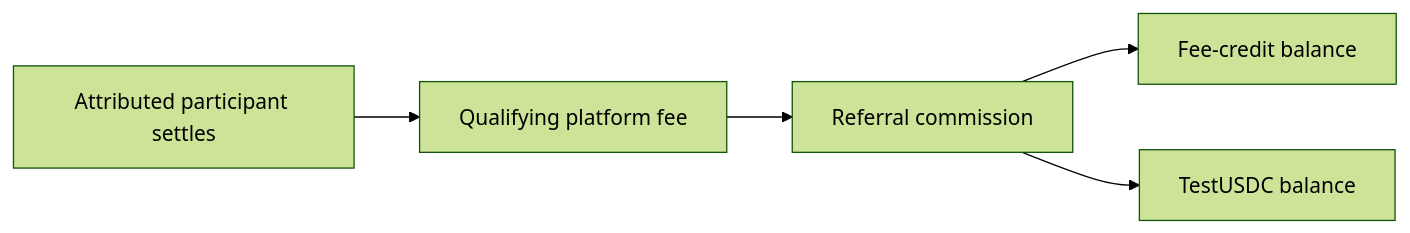
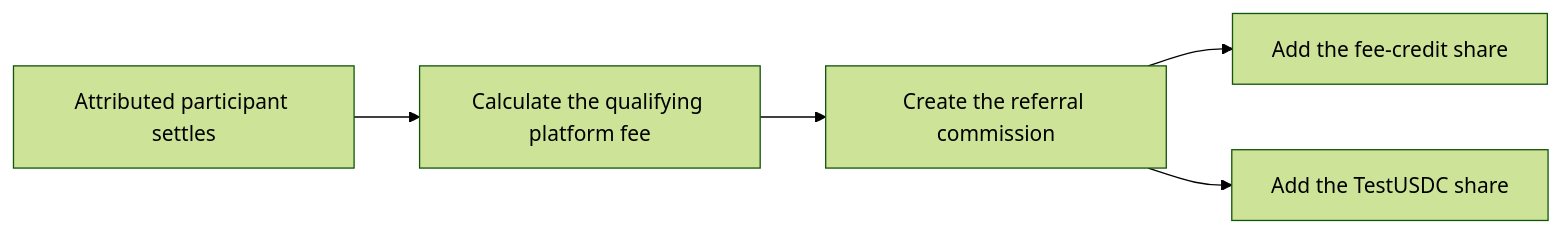
The diagram in content/2.user-guide/2.rewards/2.referral-program.md (deflowlabs/docs), drawn with Mermaid (forest theme) before and after one commit. The commit also changed 10 other files, not shown here.

Commit message:
feat(docs): modernize Mermaid presentation and delivery

````diff
--- a/content/2.user-guide/2.rewards/2.referral-program.md
+++ b/content/2.user-guide/2.rewards/2.referral-program.md
@@ -13,7 +13,7 @@
 ```mermaid [Referral reward flow]
 flowchart LR
-  A[Attributed participant settles] --> B[Qualifying platform fee]
-  B --> C[Referral commission]
-  C --> D[Fee-credit balance]
-  C --> E[TestUSDC balance]
+  A[Attributed participant settles] --> B[Calculate the qualifying platform fee]
+  B --> C[Create the referral commission]
+  C --> D[Add the fee-credit share]
+  C --> E[Add the TestUSDC share]
 ```
````
